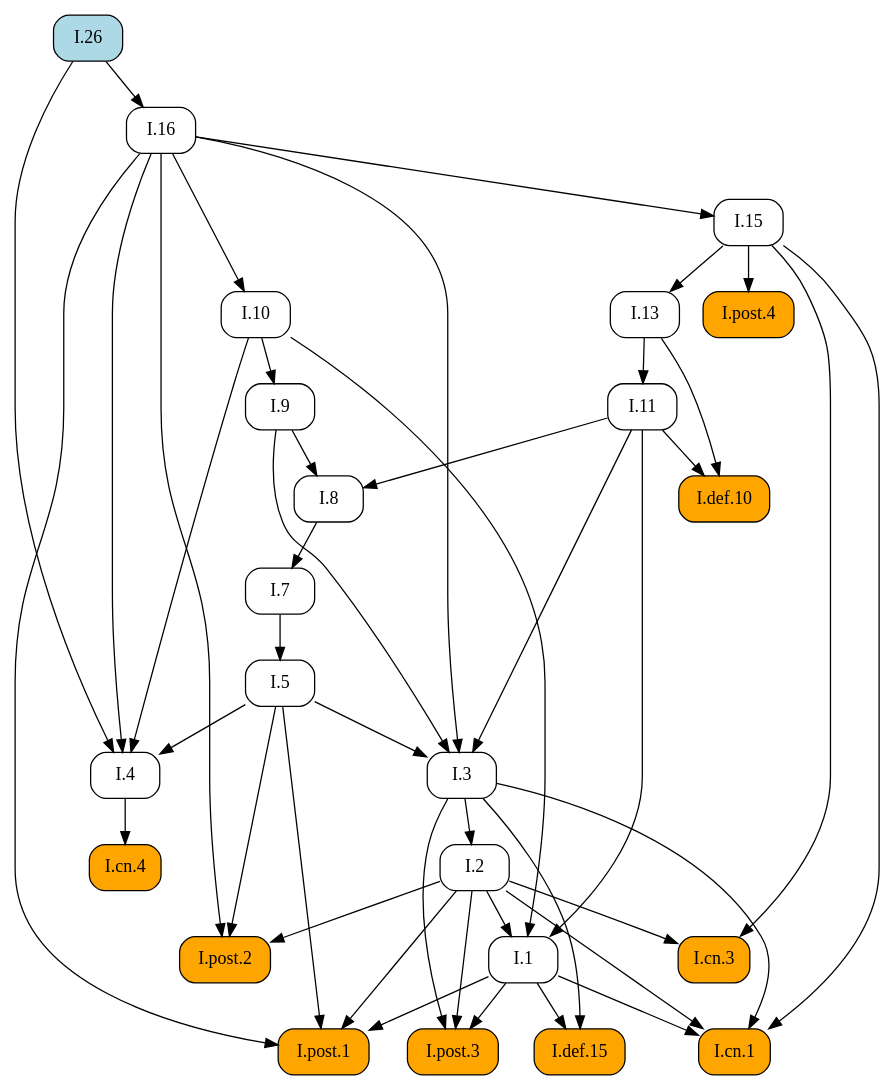
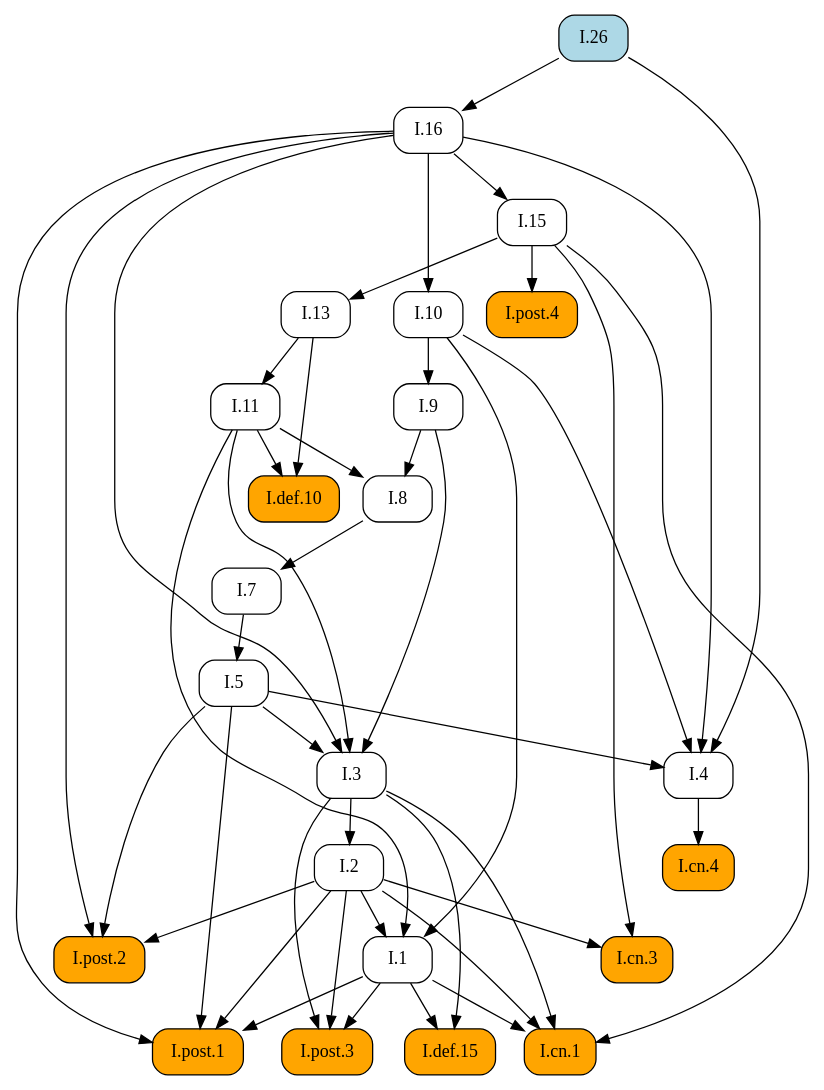
Before and after one commit to geometor/elements: the diagram in docsrc/heath/I/26/index.rst, drawn with Graphviz. The commit also changed other lines of this file and 484 other files, not shown here.

```diff
--- a/docsrc/heath/I/26/index.rst
+++ b/docsrc/heath/I/26/index.rst
@@ -80,73 +80,73 @@
 .. graphviz::
 
    digraph {
      rankdir="TB";
      node [shape=box, style=rounded];
+     "I.9" [URL="/heath/I/9/", target="_top"];
+     "I.cn.1" [style="rounded,filled", fillcolor=orange, URL="/heath/I/cn.1/", target="_top"];
+     "I.7" [URL="/heath/I/7/", target="_top"];
+     "I.2" [URL="/heath/I/2/", target="_top"];
+     "I.def.15" [style="rounded,filled", fillcolor=orange, URL="/heath/I/def.15/", target="_top"];
+     "I.13" [URL="/heath/I/13/", target="_top"];
+     "I.post.4" [style="rounded,filled", fillcolor=orange, URL="/heath/I/post.4/", target="_top"];
+     "I.4" [URL="/heath/I/4/", target="_top"];
+     "I.1" [URL="/heath/I/1/", target="_top"];
+     "I.post.3" [style="rounded,filled", fillcolor=orange, URL="/heath/I/post.3/", target="_top"];
+     "I.post.1" [style="rounded,filled", fillcolor=orange, URL="/heath/I/post.1/", target="_top"];
+     "I.5" [URL="/heath/I/5/", target="_top"];
+     "I.8" [URL="/heath/I/8/", target="_top"];
+     "I.cn.3" [style="rounded,filled", fillcolor=orange, URL="/heath/I/cn.3/", target="_top"];
+     "I.16" [URL="/heath/I/16/", target="_top"];
      "I.def.10" [style="rounded,filled", fillcolor=orange, URL="/heath/I/def.10/", target="_top"];
+     "I.15" [URL="/heath/I/15/", target="_top"];
+     "I.10" [URL="/heath/I/10/", target="_top"];
      "I.11" [URL="/heath/I/11/", target="_top"];
-     "I.post.4" [style="rounded,filled", fillcolor=orange, URL="/heath/I/post.4/", target="_top"];
-     "I.1" [URL="/heath/I/1/", target="_top"];
+     "I.cn.4" [style="rounded,filled", fillcolor=orange, URL="/heath/I/cn.4/", target="_top"];
+     "I.post.2" [style="rounded,filled", fillcolor=orange, URL="/heath/I/post.2/", target="_top"];
      "I.26" [style="rounded,filled", fillcolor=lightblue, URL="/heath/I/26/", target="_top"];
-     "I.7" [URL="/heath/I/7/", target="_top"];
      "I.3" [URL="/heath/I/3/", target="_top"];
-     "I.2" [URL="/heath/I/2/", target="_top"];
-     "I.4" [URL="/heath/I/4/", target="_top"];
-     "I.13" [URL="/heath/I/13/", target="_top"];
-     "I.post.2" [style="rounded,filled", fillcolor=orange, URL="/heath/I/post.2/", target="_top"];
-     "I.16" [URL="/heath/I/16/", target="_top"];
-     "I.def.15" [style="rounded,filled", fillcolor=orange, URL="/heath/I/def.15/", target="_top"];
-     "I.9" [URL="/heath/I/9/", target="_top"];
-     "I.post.3" [style="rounded,filled", fillcolor=orange, URL="/heath/I/post.3/", target="_top"];
-     "I.cn.1" [style="rounded,filled", fillcolor=orange, URL="/heath/I/cn.1/", target="_top"];
-     "I.cn.3" [style="rounded,filled", fillcolor=orange, URL="/heath/I/cn.3/", target="_top"];
-     "I.8" [URL="/heath/I/8/", target="_top"];
-     "I.cn.4" [style="rounded,filled", fillcolor=orange, URL="/heath/I/cn.4/", target="_top"];
-     "I.15" [URL="/heath/I/15/", target="_top"];
-     "I.post.1" [style="rounded,filled", fillcolor=orange, URL="/heath/I/post.1/", target="_top"];
-     "I.10" [URL="/heath/I/10/", target="_top"];
-     "I.5" [URL="/heath/I/5/", target="_top"];
-     "I.11" -> "I.def.10";
-     "I.13" -> "I.def.10";
-     "I.13" -> "I.11";
+     "I.10" -> "I.9";
+     "I.1" -> "I.cn.1";
+     "I.2" -> "I.cn.1";
+     "I.3" -> "I.cn.1";
+     "I.15" -> "I.cn.1";
+     "I.8" -> "I.7";
+     "I.3" -> "I.2";
+     "I.1" -> "I.def.15";
+     "I.3" -> "I.def.15";
+     "I.15" -> "I.13";
      "I.15" -> "I.post.4";
+     "I.5" -> "I.4";
+     "I.10" -> "I.4";
+     "I.16" -> "I.4";
+     "I.26" -> "I.4";
      "I.2" -> "I.1";
      "I.10" -> "I.1";
      "I.11" -> "I.1";
-     "I.8" -> "I.7";
+     "I.1" -> "I.post.3";
+     "I.2" -> "I.post.3";
+     "I.3" -> "I.post.3";
+     "I.1" -> "I.post.1";
+     "I.2" -> "I.post.1";
+     "I.5" -> "I.post.1";
+     "I.16" -> "I.post.1";
+     "I.7" -> "I.5";
+     "I.9" -> "I.8";
+     "I.11" -> "I.8";
+     "I.2" -> "I.cn.3";
+     "I.15" -> "I.cn.3";
+     "I.26" -> "I.16";
+     "I.11" -> "I.def.10";
+     "I.13" -> "I.def.10";
+     "I.16" -> "I.15";
+     "I.16" -> "I.10";
+     "I.13" -> "I.11";
+     "I.4" -> "I.cn.4";
+     "I.2" -> "I.post.2";
+     "I.5" -> "I.post.2";
+     "I.16" -> "I.post.2";
      "I.5" -> "I.3";
      "I.9" -> "I.3";
      "I.11" -> "I.3";
      "I.16" -> "I.3";
-     "I.3" -> "I.2";
-     "I.5" -> "I.4";
-     "I.10" -> "I.4";
-     "I.16" -> "I.4";
-     "I.26" -> "I.4";
-     "I.15" -> "I.13";
-     "I.2" -> "I.post.2";
-     "I.5" -> "I.post.2";
-     "I.16" -> "I.post.2";
-     "I.26" -> "I.16";
-     "I.1" -> "I.def.15";
-     "I.3" -> "I.def.15";
-     "I.10" -> "I.9";
-     "I.1" -> "I.post.3";
-     "I.2" -> "I.post.3";
-     "I.3" -> "I.post.3";
-     "I.1" -> "I.cn.1";
-     "I.2" -> "I.cn.1";
-     "I.3" -> "I.cn.1";
-     "I.15" -> "I.cn.1";
-     "I.2" -> "I.cn.3";
-     "I.15" -> "I.cn.3";
-     "I.9" -> "I.8";
-     "I.11" -> "I.8";
-     "I.4" -> "I.cn.4";
-     "I.16" -> "I.15";
-     "I.1" -> "I.post.1";
-     "I.2" -> "I.post.1";
-     "I.5" -> "I.post.1";
-     "I.16" -> "I.post.1";
-     "I.16" -> "I.10";
-     "I.7" -> "I.5";
    }
```
